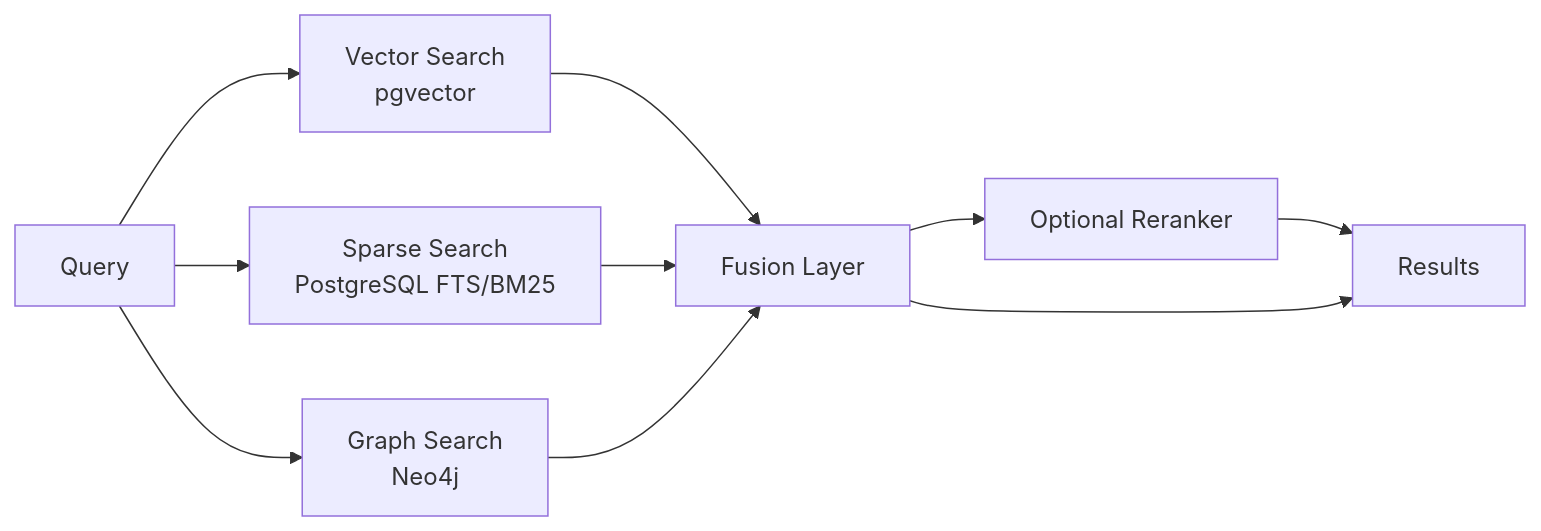
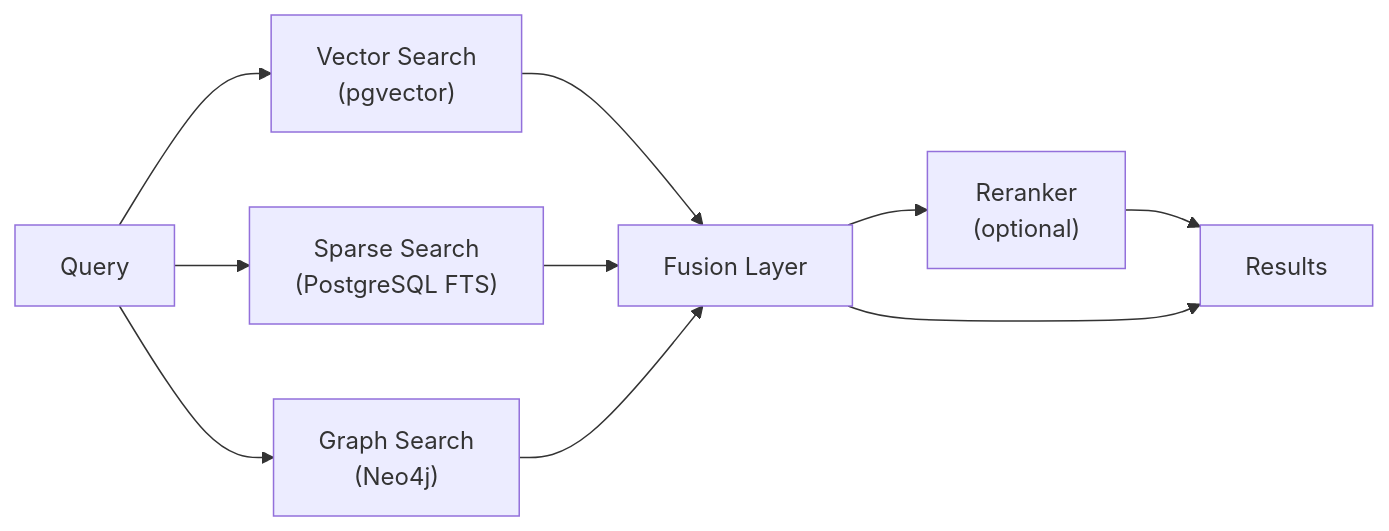
One commit to DMontgomery40/tribrid-rag changed the first of 2 diagrams in mkdocs/docs/index.md. Above: the diagram before and after it, drawn with Mermaid. The commit also changed other lines of this file and 72 other files, not shown here.

````diff
--- a/mkdocs/docs/index.md
+++ b/mkdocs/docs/index.md
@@ -68,12 +68,12 @@
 ```mermaid
 flowchart LR
-    Q["Query"] --> V["Vector Search\npgvector"]
-    Q --> S["Sparse Search\nPostgreSQL FTS/BM25"]
-    Q --> G["Graph Search\nNeo4j"]
+    Q["Query"] --> V["Vector Search\n(pgvector)"]
+    Q --> S["Sparse Search\n(PostgreSQL FTS)"]
+    Q --> G["Graph Search\n(Neo4j)"]
     V --> F["Fusion Layer"]
     S --> F
     G --> F
-    F --> R["Optional Reranker"]
+    F --> R["Reranker\n(optional)"]
     R --> O["Results"]
     F --> O
 ```
````
